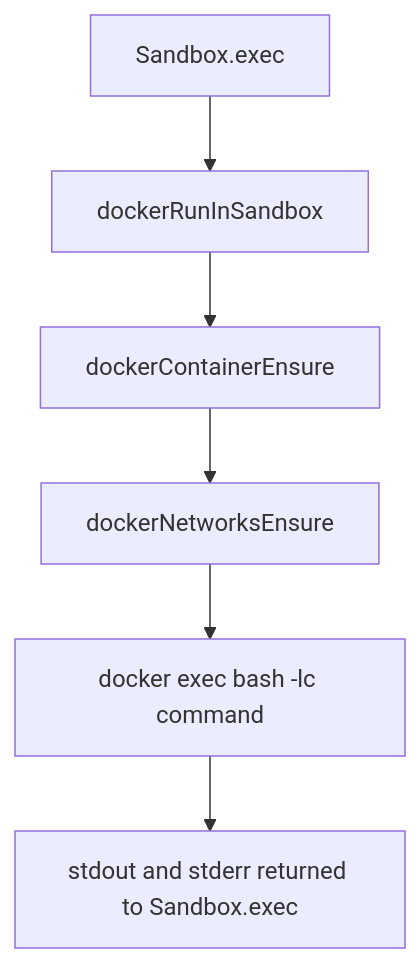
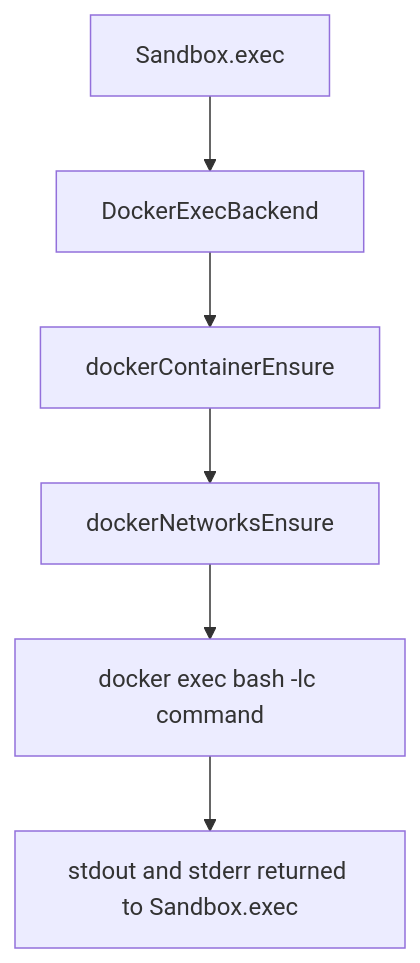
One commit to ex3ndr/daycare changed the diagram in packages/daycare/sources/sandbox/docker/README.md. Above: the diagram before and after it, drawn with Mermaid. The commit also changed other lines of this file and 43 other files, not shown here.

Commit message:
feat(daycare): add pluggable sandbox exec backends

````diff
--- a/packages/daycare/sources/sandbox/docker/README.md
+++ b/packages/daycare/sources/sandbox/docker/README.md
@@ -48,8 +51,8 @@
 ```mermaid
 flowchart TD
-    A[Sandbox.exec] --> B[dockerRunInSandbox]
+    A[Sandbox.exec] --> B[DockerExecBackend]
     B --> C[dockerContainerEnsure]
     C --> D[dockerNetworksEnsure]
     D --> E[docker exec bash -lc command]
     E --> F[stdout and stderr returned to Sandbox.exec]
 ```
````
